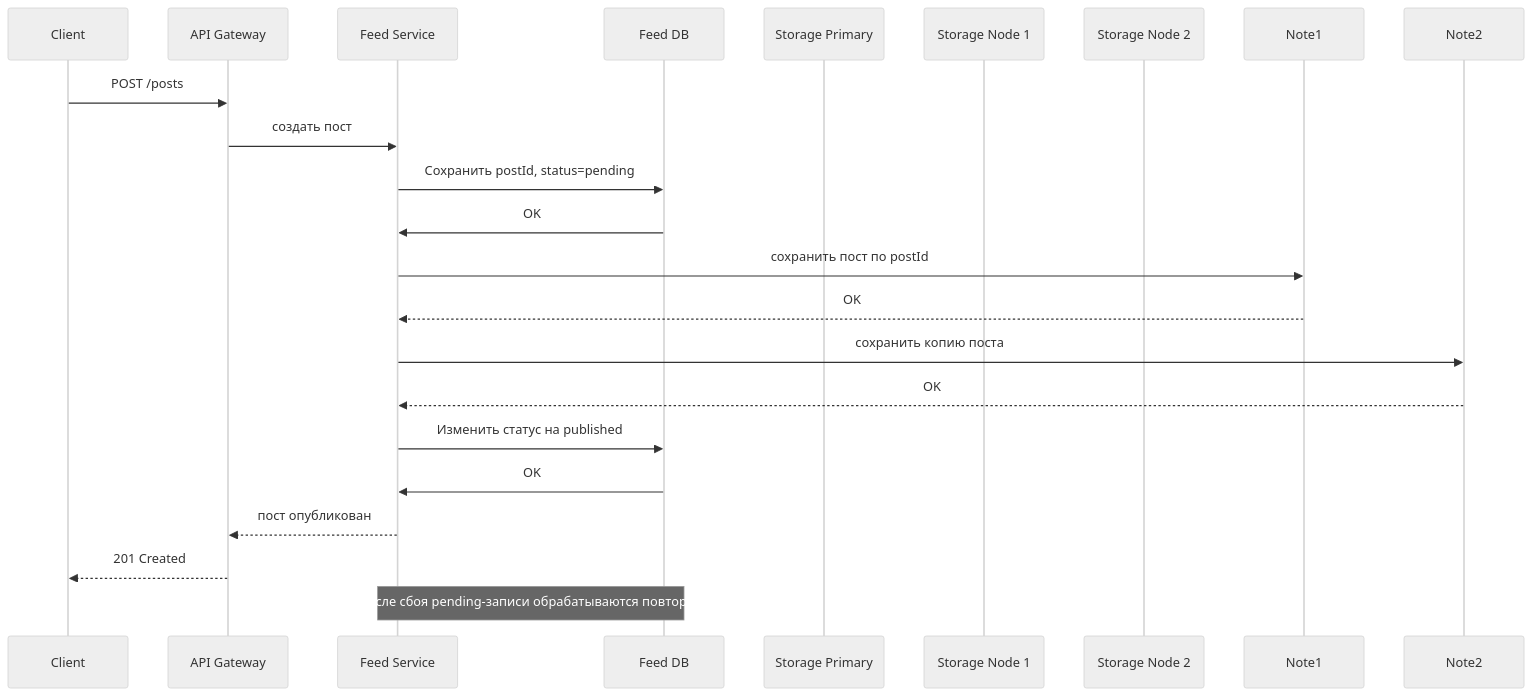
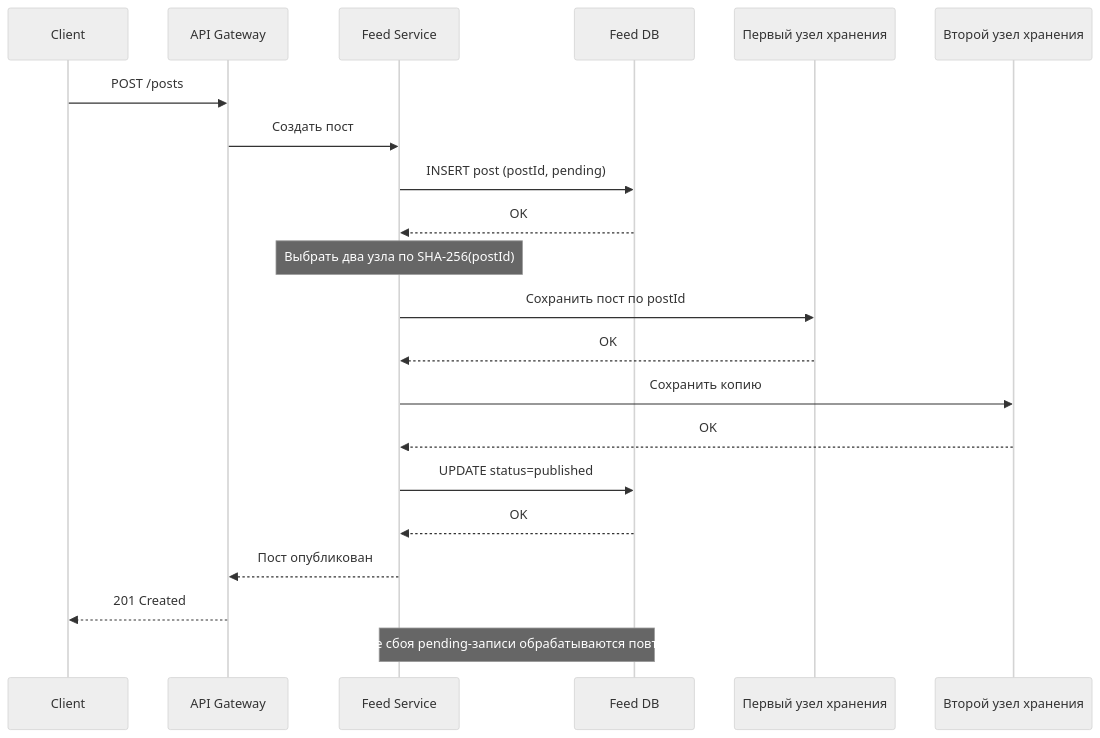
One commit to spbu-ds-practicum-2026/brigada changed the fourth of 8 diagrams in docs/tr.md. Above: the diagram before and after it, drawn with Mermaid (neutral theme). The commit also changed other lines of this file, not shown here.

Commit message:
Исправлены диаграммы и добавлен сценарий восстановления узла

````diff
--- a/docs/tr.md
+++ b/docs/tr.md
@@ -524,29 +524,24 @@
-~~~mermaid
+```mermaid
 sequenceDiagram
     participant Client
     participant Gateway as API Gateway
     participant Feed as Feed Service
-    participant FeedDB as Feed DB
-    participant Primary as Storage Primary
-    participant Node1 as Storage Node 1
-    participant Node2 as Storage Node 2
+    participant DB as Feed DB
+    participant Node1 as Первый узел хранения
+    participant Node2 as Второй узел хранения
 
     Client->>Gateway: POST /posts
-    Gateway->>Feed: создать пост
-    Feed->>FeedDB: Сохранить postId, status=pending
-    FeedDB->>Feed: OK
-
-    Feed->>Note1: сохранить пост по postId
-    Note1-->>Feed: OK
-
-    Feed->>Note2: сохранить копию поста
-    Note2-->>Feed: OK
-
-    Feed->>FeedDB: Изменить статус на published
-    FeedDB->>Feed: OK
-
-    Feed-->>Gateway: пост опубликован
+    Gateway->>Feed: Создать пост
+    Feed->>DB: INSERT post (postId, pending)
+    DB-->>Feed: OK
+    Note over Feed: Выбрать два узла по SHA-256(postId)
+    Feed->>Node1: Сохранить пост по postId
+    Node1-->>Feed: OK
+    Feed->>Node2: Сохранить копию
+    Node2-->>Feed: OK
+    Feed->>DB: UPDATE status=published
+    DB-->>Feed: OK
+    Feed-->>Gateway: Пост опубликован
     Gateway-->>Client: 201 Created
-
-    Note over Feed, FeedDB: после сбоя pending-записи обрабатываются повторно
-~~~
+    Note over Feed,DB: После сбоя pending-записи обрабатываются повторно
+```
````
